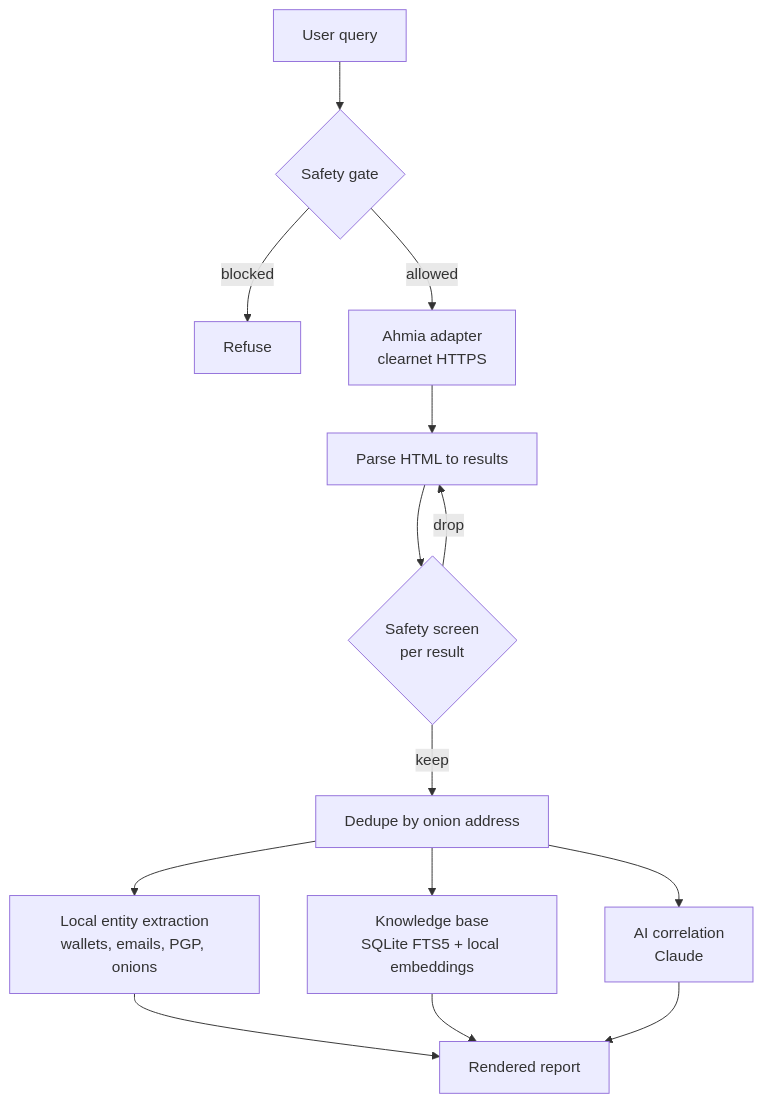
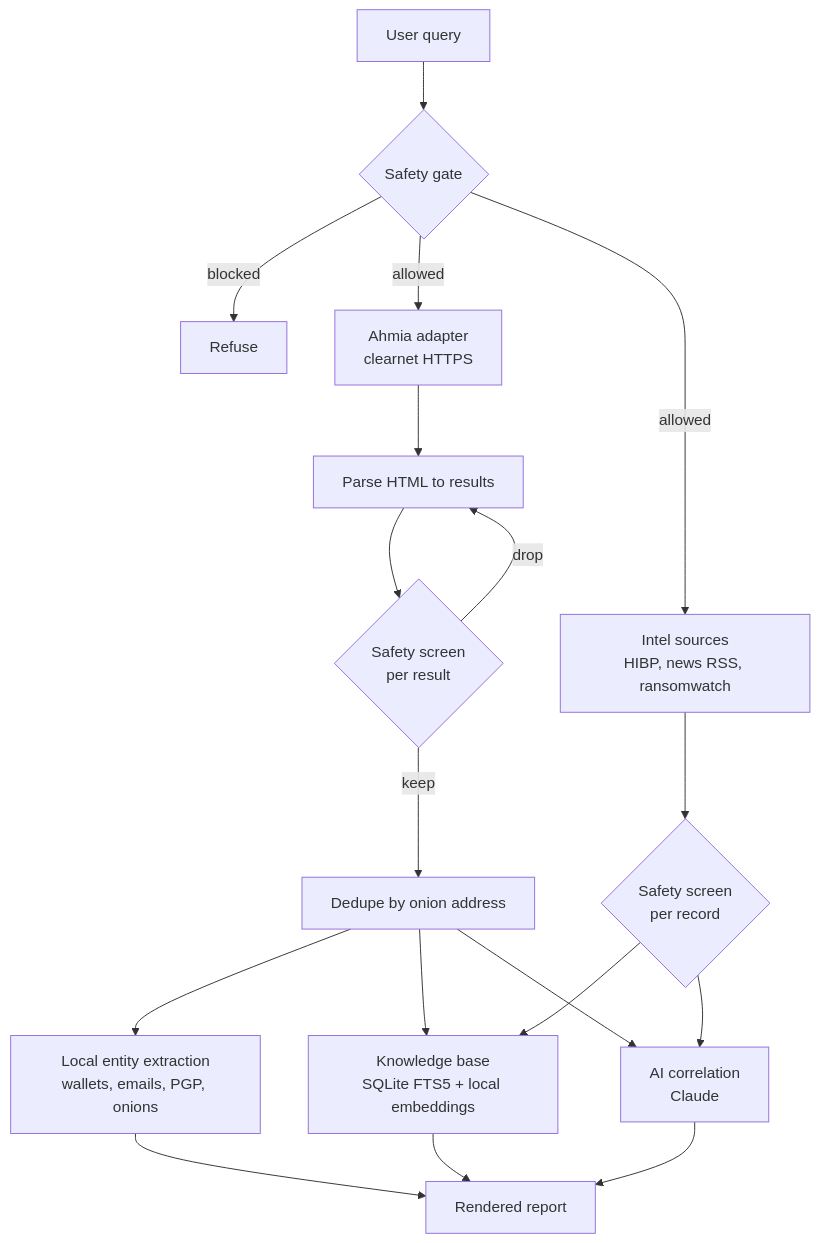
Before and after one commit to cparnin/onion-lens: the diagram in docs/architecture.md, drawn with Mermaid. The commit also changed other lines of this file and 20 other files, not shown here.

First line of the commit message:
Add clearnet intel sources and recall command

````diff
--- a/docs/architecture.md
+++ b/docs/architecture.md
@@ -7,16 +7,20 @@
 ```mermaid
 flowchart TD
     A[User query] --> B{Safety gate}
     B -- blocked --> X[Refuse]
     B -- allowed --> C[Ahmia adapter<br/>clearnet HTTPS]
+    B -- allowed --> K[Intel sources<br/>HIBP, news RSS, ransomwatch]
     C --> D[Parse HTML to results]
     D --> E{Safety screen<br/>per result}
     E -- drop --> D
     E -- keep --> F[Dedupe by onion address]
+    K --> E2{Safety screen<br/>per record}
     F --> G[Local entity extraction<br/>wallets, emails, PGP, onions]
     F --> H[Knowledge base<br/>SQLite FTS5 + local embeddings]
+    E2 --> H
     F --> I[AI correlation<br/>Claude]
+    E2 --> I
     G --> J[Rendered report]
     H --> J
     I --> J
 ```
````
